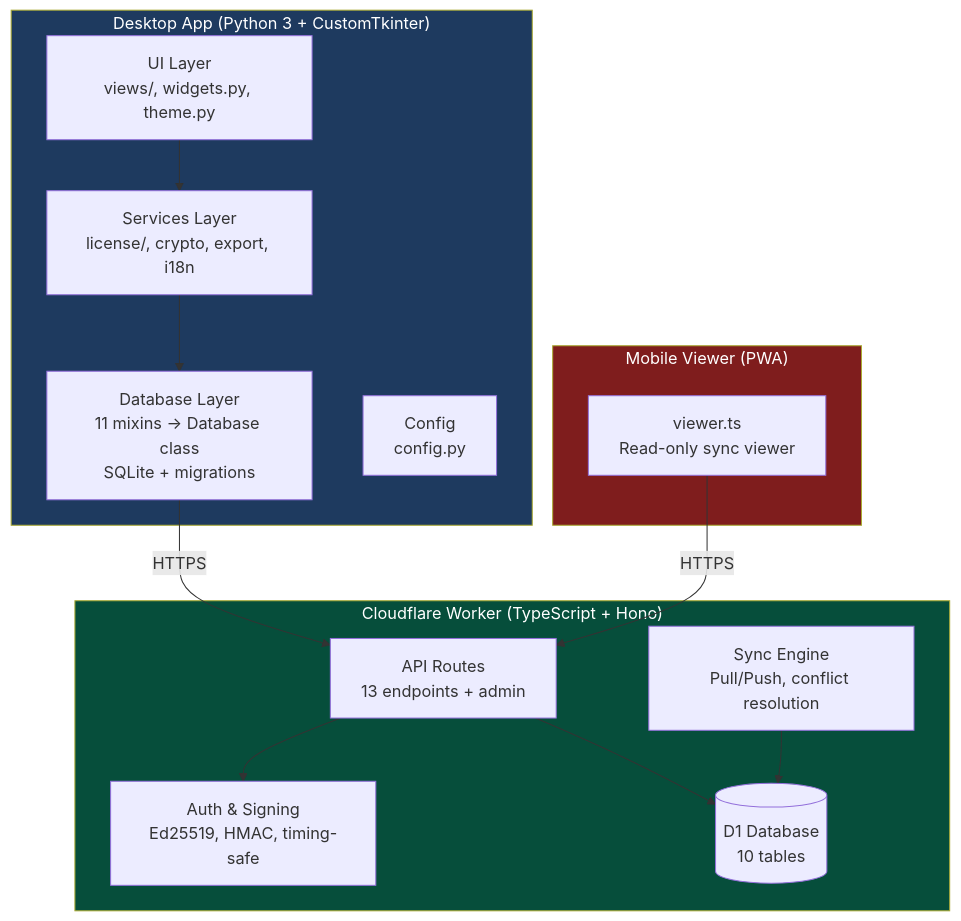
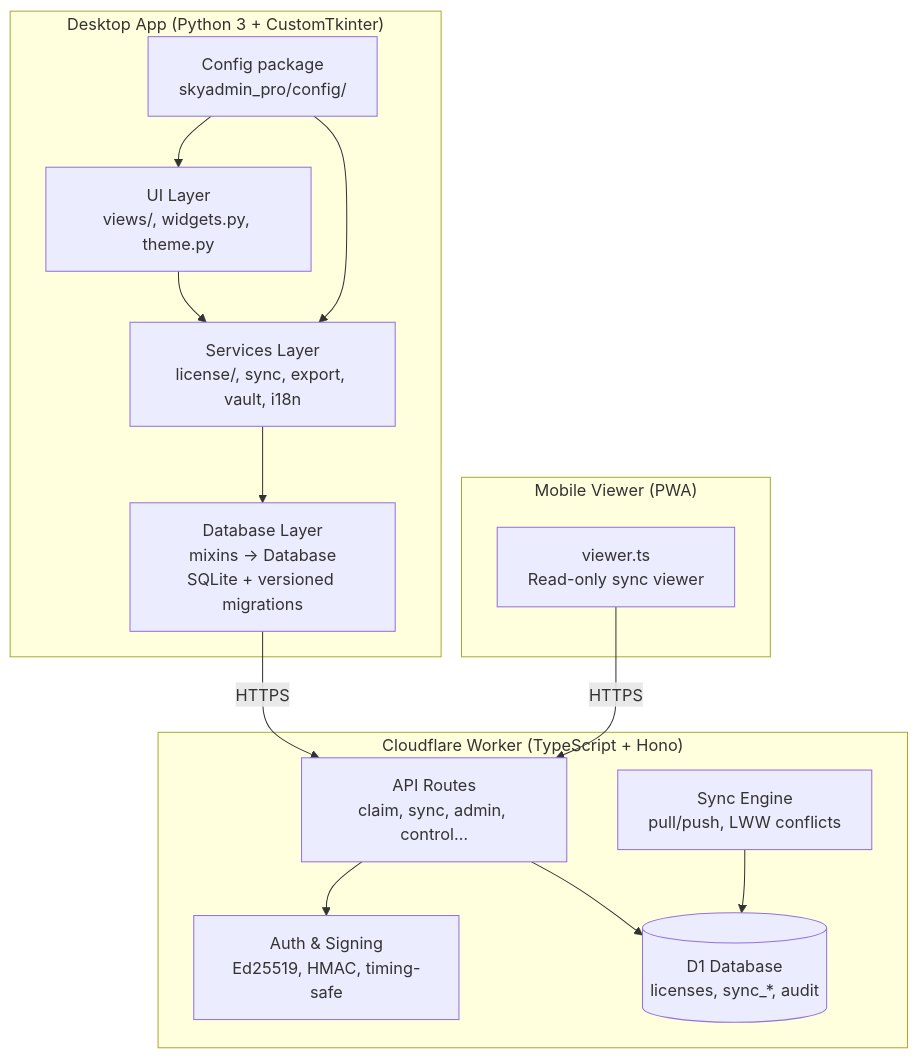
Before and after one commit to WaiYanTunOo/SkyAdmin-Pro: the diagram in docs/ARCHITECTURE.md, drawn with Mermaid. The commit also changed other lines of this file and 107 other files, not shown here.

First line of the commit message:
Release 0.3.3: Wave B/C features, sync schema v2, and release hardening.

````diff
--- a/docs/ARCHITECTURE.md
+++ b/docs/ARCHITECTURE.md
@@ -3,32 +8,30 @@
 ```mermaid
 flowchart TB
     subgraph Desktop["Desktop App (Python 3 + CustomTkinter)"]
         UI["UI Layer<br/>views/, widgets.py, theme.py"]
-        SVC["Services Layer<br/>license/, crypto, export, i18n"]
-        DB["Database Layer<br/>11 mixins → Database class<br/>SQLite + migrations"]
-        CFG["Config<br/>config.py"]
+        SVC["Services Layer<br/>license/, sync, export, vault, i18n"]
+        DB["Database Layer<br/>mixins → Database<br/>SQLite + versioned migrations"]
+        CFG["Config package<br/>skyadmin_pro/config/"]
     end
 
     subgraph Worker["Cloudflare Worker (TypeScript + Hono)"]
-        API["API Routes<br/>13 endpoints + admin"]
+        API["API Routes<br/>claim, sync, admin, control…"]
         AUTH["Auth & Signing<br/>Ed25519, HMAC, timing-safe"]
-        SYNC["Sync Engine<br/>Pull/Push, conflict resolution"]
-        D1[("D1 Database<br/>10 tables")]
+        SYNC["Sync Engine<br/>pull/push, LWW conflicts"]
+        D1[("D1 Database<br/>licenses, sync_*, audit")]
     end
 
     subgraph Client["Mobile Viewer (PWA)"]
         PWA["viewer.ts<br/>Read-only sync viewer"]
     end
 
     UI --> SVC
     SVC --> DB
+    CFG --> UI
+    CFG --> SVC
     DB -->|"HTTPS"| API
     API --> D1
     SYNC --> D1
     PWA -->|"HTTPS"| API
     API --> AUTH
-
-    style Desktop fill:#1e3a5f,color:#fff
-    style Worker fill:#064e3b,color:#fff
-    style Client fill:#7f1d1d,color:#fff
 ```
````
